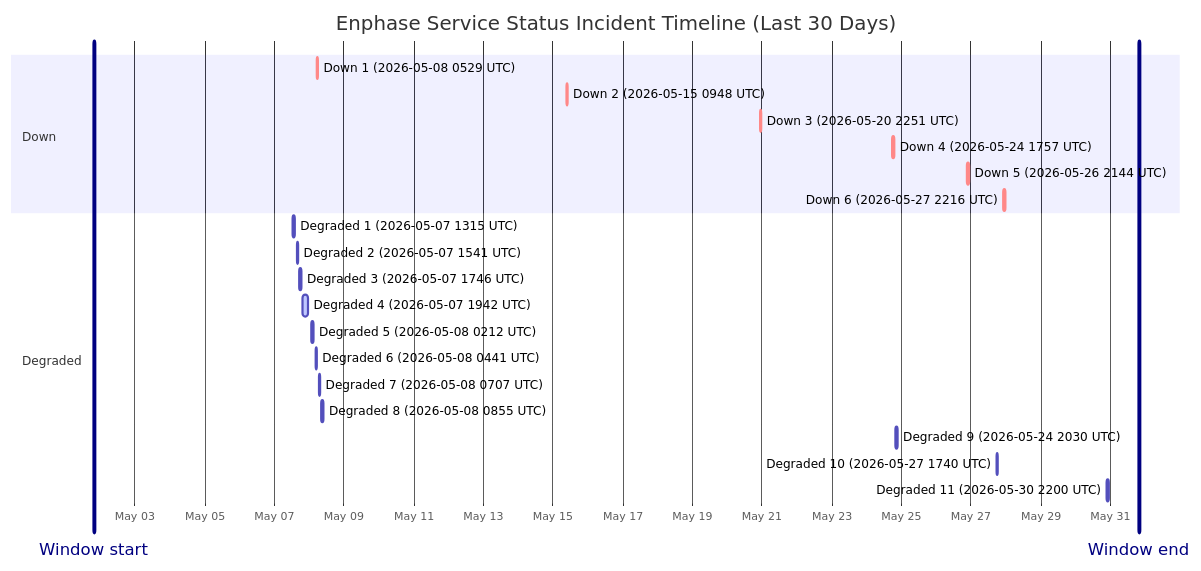
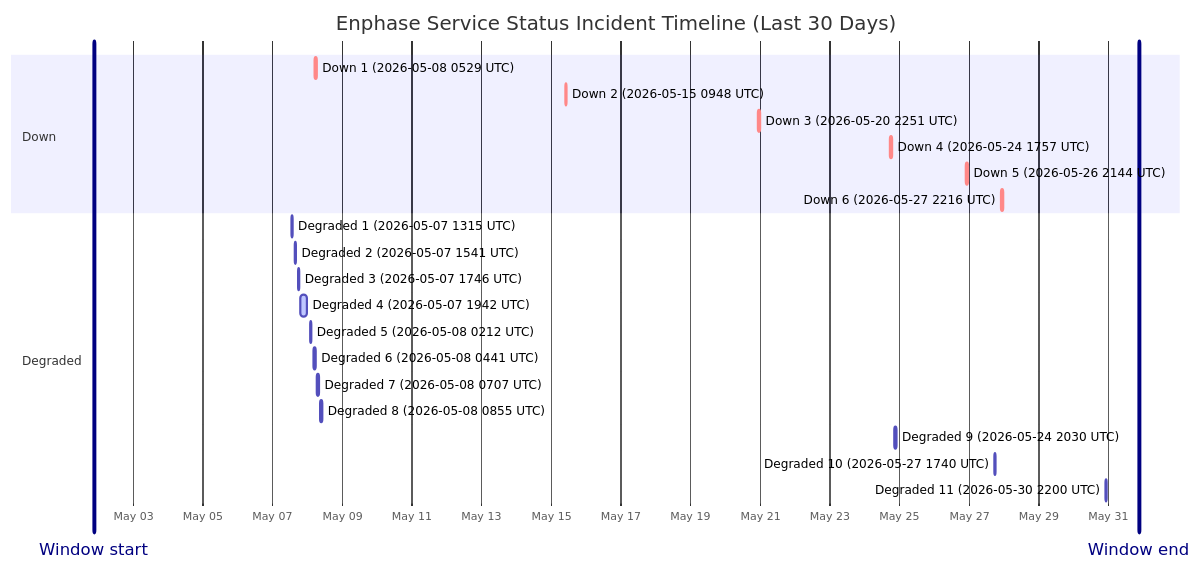
One commit to barneyonline/ha-enphase-ev-charger changed the diagram in wiki/Service-Status-History.md. Above: the diagram before and after it, drawn with Mermaid. The commit also changed other lines of this file and 3 other files, not shown here.

````diff
--- a/wiki/Service-Status-History.md
+++ b/wiki/Service-Status-History.md
@@ -14,27 +14,27 @@
 ```mermaid
 gantt
     title Enphase Service Status Incident Timeline (Last 30 Days)
     dateFormat  YYYY-MM-DDTHH:mm:ss
     axisFormat  %b %d
-    Window start :vert, window-start, 2026-05-01T19:48:32, 0ms
-    Window end :vert, window-end, 2026-05-31T19:48:32, 0ms
+    Window start :vert, window-start, 2026-05-01T20:58:43, 0ms
+    Window end :vert, window-end, 2026-05-31T20:58:43, 0ms
     section Down
     Down 1 (2026-05-08 0529 UTC) :crit, down-1, 2026-05-08T05:29:47, 60m
     Down 2 (2026-05-15 0948 UTC) :crit, down-2, 2026-05-15T09:48:18, 60m
     Down 3 (2026-05-20 2251 UTC) :crit, down-3, 2026-05-20T22:51:14, 75m
     Down 4 (2026-05-24 1757 UTC) :crit, down-4, 2026-05-24T17:57:41, 86m
     Down 5 (2026-05-26 2144 UTC) :crit, down-5, 2026-05-26T21:44:11, 85m
     Down 6 (2026-05-27 2216 UTC) :crit, down-6, 2026-05-27T22:16:53, 87m
     section Degraded
     Degraded 1 (2026-05-07 1315 UTC) :active, degraded-1, 2026-05-07T13:15:25, 60m
     Degraded 2 (2026-05-07 1541 UTC) :active, degraded-2, 2026-05-07T15:41:58, 60m
     Degraded 3 (2026-05-07 1746 UTC) :active, degraded-3, 2026-05-07T17:46:51, 60m
     Degraded 4 (2026-05-07 1942 UTC) :active, degraded-4, 2026-05-07T19:42:10, 249m
     Degraded 5 (2026-05-08 0212 UTC) :active, degraded-5, 2026-05-08T02:12:39, 60m
     Degraded 6 (2026-05-08 0441 UTC) :active, degraded-6, 2026-05-08T04:41:46, 60m
     Degraded 7 (2026-05-08 0707 UTC) :active, degraded-7, 2026-05-08T07:07:30, 60m
     Degraded 8 (2026-05-08 0855 UTC) :active, degraded-8, 2026-05-08T08:55:20, 88m
     Degraded 9 (2026-05-24 2030 UTC) :active, degraded-9, 2026-05-24T20:30:57, 84m
     Degraded 10 (2026-05-27 1740 UTC) :active, degraded-10, 2026-05-27T17:40:52, 60m
     Degraded 11 (2026-05-30 2200 UTC) :active, degraded-11, 2026-05-30T22:00:37, 60m
 ```
````
